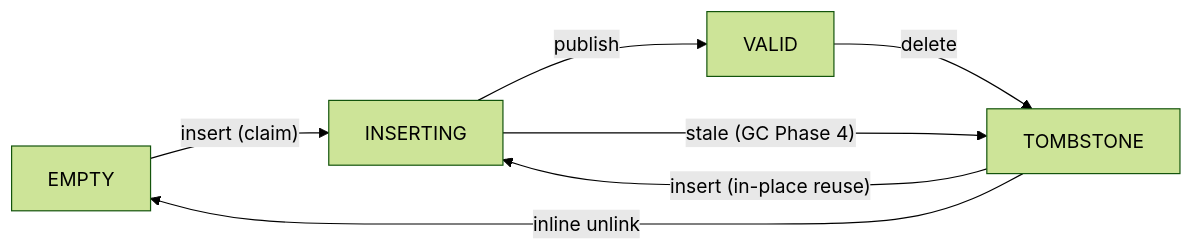
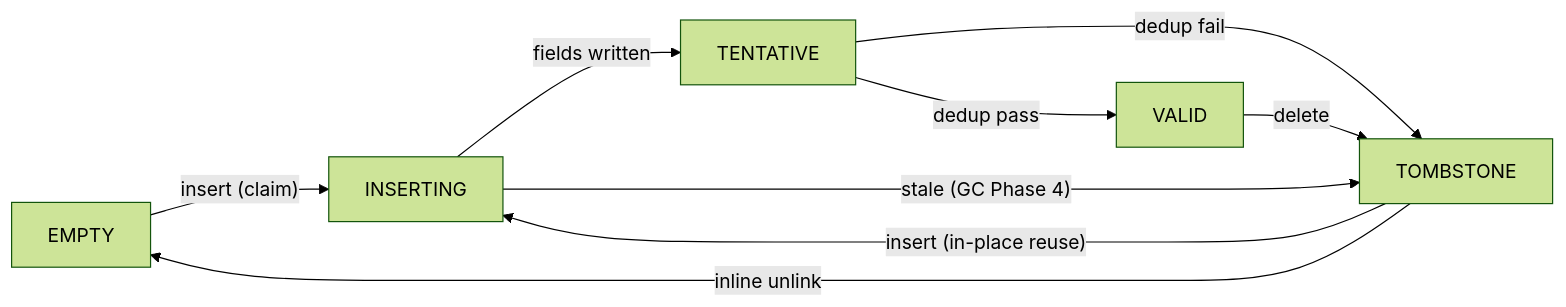
One commit to seohui-XCENA/maru changed the second of 10 diagrams in marufs_kernel/docs/4_arch_nrht.md. Above: the diagram before and after it, drawn with Mermaid (forest theme). The commit also changed other lines of this file and 2 other files, not shown here.

First line of the commit message:
feat: NRHT shard lock for insert serialization + TENTATIVE state

````diff
--- a/marufs_kernel/docs/4_arch_nrht.md
+++ b/marufs_kernel/docs/4_arch_nrht.md
@@ -124,9 +125,11 @@
 ```mermaid
 flowchart LR
   EMPTY -->|"insert (claim)"| INSERTING
-  INSERTING -->|"publish"| VALID
+  INSERTING -->|"fields written"| TENTATIVE
+  TENTATIVE -->|"dedup pass"| VALID
+  TENTATIVE -->|"dedup fail"| TOMBSTONE
   VALID -->|"delete"| TOMBSTONE
   TOMBSTONE -->|"insert (in-place reuse)"| INSERTING
   TOMBSTONE -->|"inline unlink"| EMPTY
   INSERTING -->|"stale (GC Phase 4)"| TOMBSTONE
 ```
````
